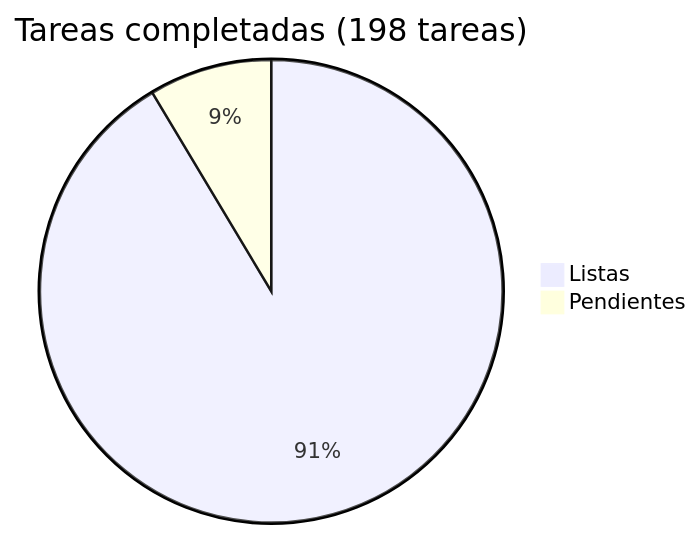
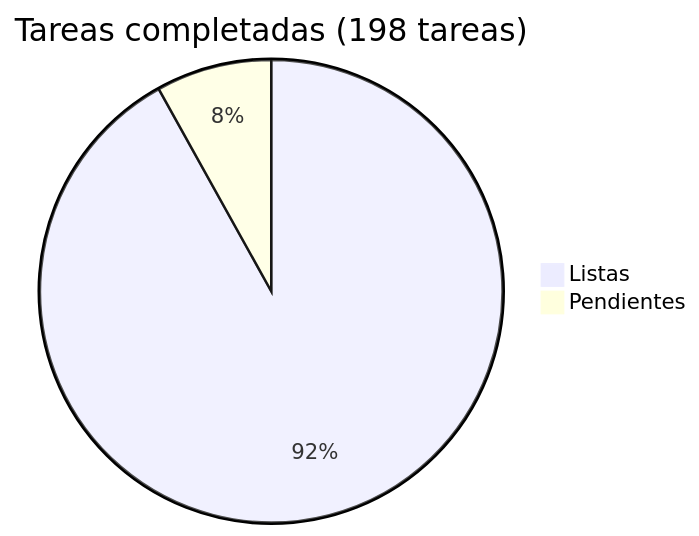
The diagram in docs/roadmap/README.md (araguaney-lat/araguaney), drawn with Mermaid before and after one commit. The commit also changed other lines of this file and 5 other files, not shown here.

````diff
--- a/docs/roadmap/README.md
+++ b/docs/roadmap/README.md
@@ -5,5 +5,5 @@
 ```mermaid
 pie title Tareas completadas (198 tareas)
-    "Listas" : 181
-    "Pendientes" : 17
+    "Listas" : 182
+    "Pendientes" : 16
 ```
````
